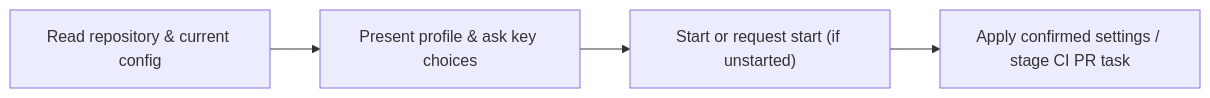
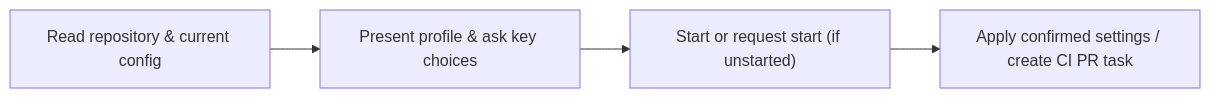
The diagram in docs/prompts/onboarding.md (agent-CI-Infra/bot), drawn with Mermaid before and after one commit. The commit also changed other lines of this file and 50 other files, not shown here.

````diff
--- a/docs/prompts/onboarding.md
+++ b/docs/prompts/onboarding.md
@@ -7,4 +7,4 @@
 ```mermaid
 flowchart LR
-  read["Read repository & current config"] --> profile["Present profile & ask key choices"] --> start["Start or request start (if unstarted)"] --> apply["Apply confirmed settings / stage CI PR task"]
+  read["Read repository & current config"] --> profile["Present profile & ask key choices"] --> start["Start or request start (if unstarted)"] --> apply["Apply confirmed settings / create CI PR task"]
 ```
````
